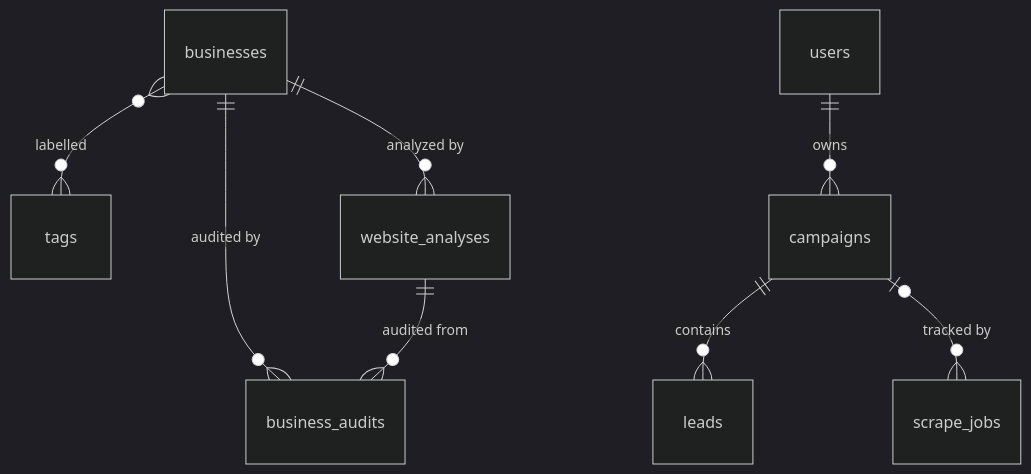
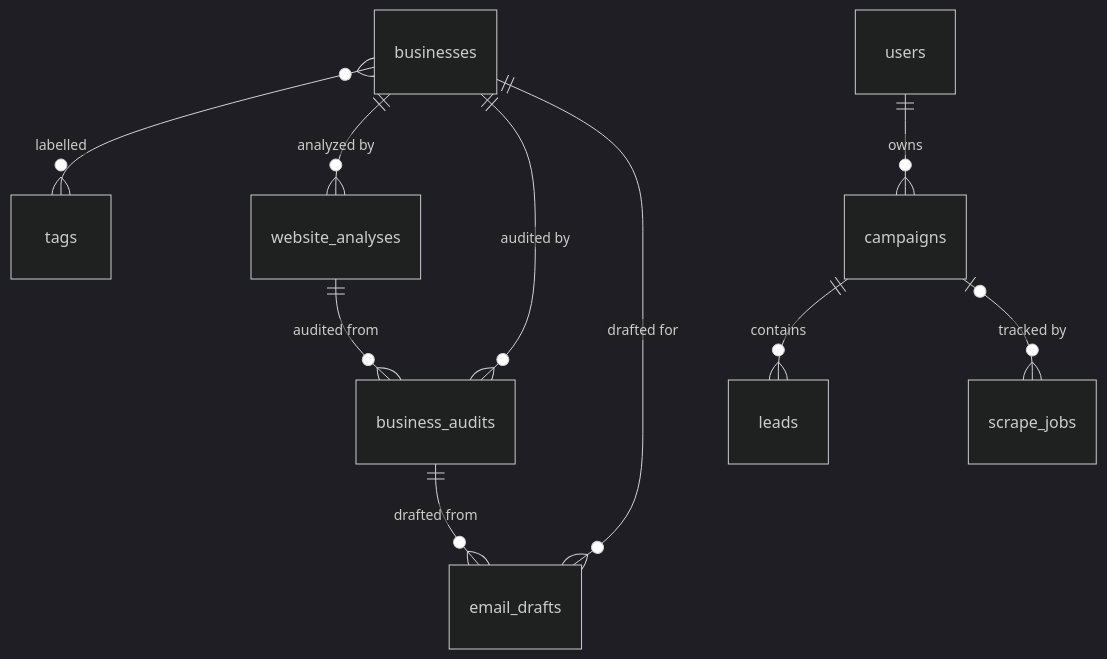
The diagram in docs/DATABASE.md (Abuzar0021/omnistacks-ai-engine), drawn with Mermaid (dark theme) before and after one commit. The commit also changed other lines of this file and 45 other files, not shown here.

````diff
--- a/docs/DATABASE.md
+++ b/docs/DATABASE.md
@@ -282,10 +337,12 @@
 ```mermaid
 erDiagram
     businesses }o--o{ tags : labelled
     businesses ||--o{ website_analyses : "analyzed by"
     businesses ||--o{ business_audits : "audited by"
+    businesses ||--o{ email_drafts : "drafted for"
     website_analyses ||--o{ business_audits : "audited from"
+    business_audits ||--o{ email_drafts : "drafted from"
     users ||--o{ campaigns : owns
     campaigns ||--o{ leads : contains
     campaigns |o--o{ scrape_jobs : "tracked by"
 ```
````
